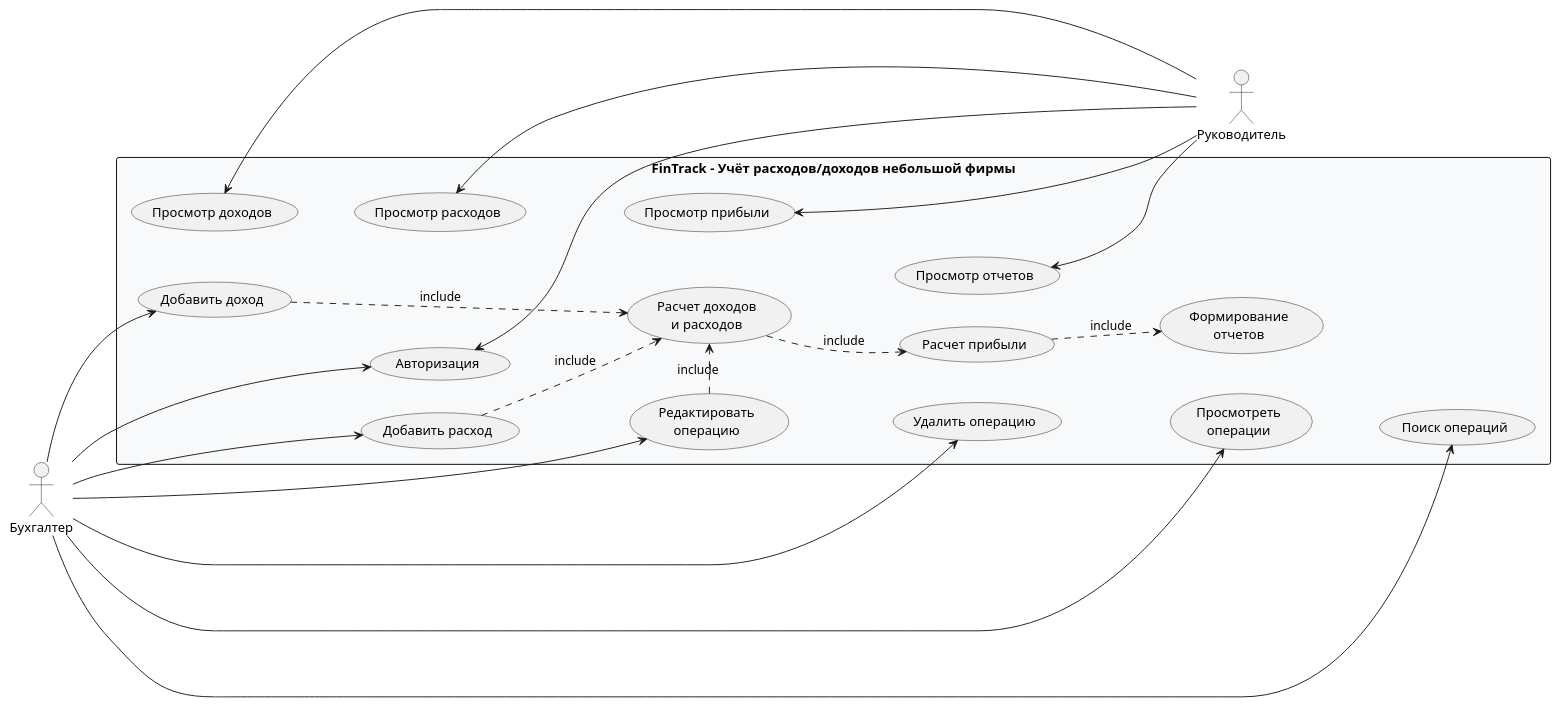
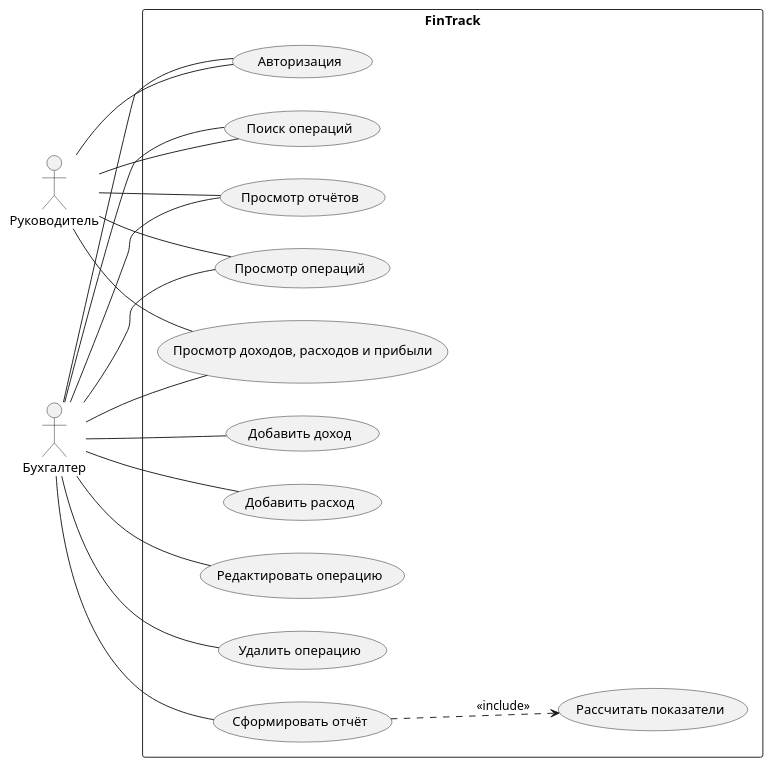
The diagram in docs/diagrams/diagram.puml (lam1eo-0/FinTrack228), drawn with PlantUML before and after one commit. The commit also changed 6 other files, not shown here.

```diff
--- a/docs/diagrams/diagram.puml
+++ b/docs/diagrams/diagram.puml
@@ -1,71 +1,34 @@
 @startuml
 left to right direction
-skinparam packageStyle rectangle
-
-skinparam rectangle {
-    BorderColor black
-    BackgroundColor #F8F9FA
-}
-
 actor "Бухгалтер" as accountant
 actor "Руководитель" as manager
-
-rectangle "FinTrack - Учёт расходов/доходов небольшой фирмы" {
-
-    ' --- ЛЕВЫЙ РЯД ПРЕЦЕДЕНТОВ ---
-    usecase "Добавить доход" as add_inc
-    usecase "Добавить расход" as add_exp
-    usecase "Редактировать\nоперацию" as edit_op
-    usecase "Удалить операцию" as del_op
-    usecase "Просмотреть\nоперации" as view_ops
-    usecase "Поиск операций" as search_ops
-    add_inc -[hidden]down-> add_exp
-    add_exp -[hidden]down-> edit_op
-    edit_op -[hidden]down-> del_op
-    del_op -[hidden]down-> view_ops
-    view_ops -[hidden]down-> search_ops
-
-    ' --- ЦЕНТРАЛЬНЫЙ РЯД ---
-    usecase "Авторизация" as auth
-    usecase "Расчет доходов\nи расходов" as calc_inc_exp
-    usecase "Расчет прибыли" as calc_profit
-    usecase "Формирование\nотчетов" as make_reports
-    auth -[hidden]down-> calc_inc_exp
-    calc_inc_exp -[hidden]down-> calc_profit
-    calc_profit -[hidden]down-> make_reports
-
-    ' --- ПРАВЫЙ РЯД ПРЕЦЕДЕНТОВ ---
-    usecase "Просмотр доходов" as view_inc
-    usecase "Просмотр расходов" as view_exp
-    usecase "Просмотр прибыли" as view_profit
-    usecase "Просмотр отчетов" as view_reports
-    view_inc -[hidden]down-> view_exp
-    view_exp -[hidden]down-> view_profit
-    view_profit -[hidden]down-> view_reports
+rectangle "FinTrack" {
+  usecase "Авторизация" as auth
+  usecase "Просмотр операций" as view_ops
+  usecase "Поиск операций" as search_ops
+  usecase "Просмотр отчётов" as view_reports
+  usecase "Просмотр доходов, расходов и прибыли" as view_totals
+  usecase "Добавить доход" as add_income
+  usecase "Добавить расход" as add_expense
+  usecase "Редактировать операцию" as edit_op
+  usecase "Удалить операцию" as delete_op
+  usecase "Сформировать отчёт" as make_report
+  usecase "Рассчитать показатели" as calculate
 }
-
-' --- СВЯЗИ БУХГАЛТЕРА ---
-accountant --> auth
-accountant --> add_inc
-accountant --> add_exp
-accountant --> edit_op
-accountant --> del_op
-accountant --> view_ops
-accountant --> search_ops
-
-' --- ВНУТРЕННИЕ СВЯЗИ INCLUDE ---
-add_inc .right.> calc_inc_exp : include
-add_exp .right.> calc_inc_exp : include
-edit_op .right.> calc_inc_exp : include
-
-calc_inc_exp .down.> calc_profit : include
-calc_profit .down.> make_reports : include
-
-' --- СВЯЗИ РУКОВОДИТЕЛЯ ---
-auth <-- manager
-view_inc <-- manager
-view_exp <-- manager
-view_profit <-- manager
-view_reports <-- manager
-
+accountant -- auth
+accountant -- view_ops
+accountant -- search_ops
+accountant -- view_reports
+accountant -- view_totals
+manager -- auth
+manager -- view_ops
+manager -- search_ops
+manager -- view_reports
+manager -- view_totals
+accountant -- add_income
+accountant -- add_expense
+accountant -- edit_op
+accountant -- delete_op
+accountant -- make_report
+make_report ..> calculate : <<include>>
 @enduml
```
